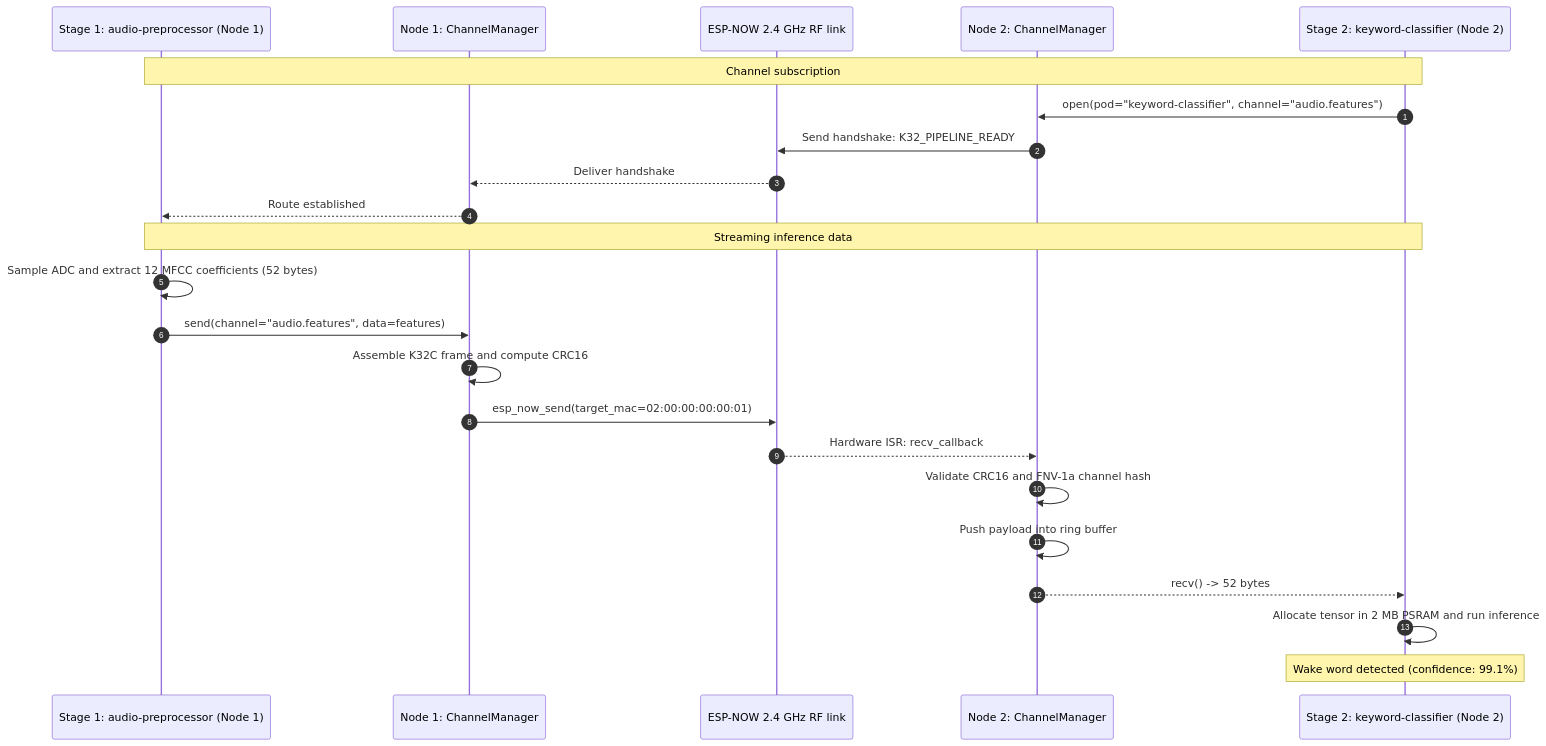
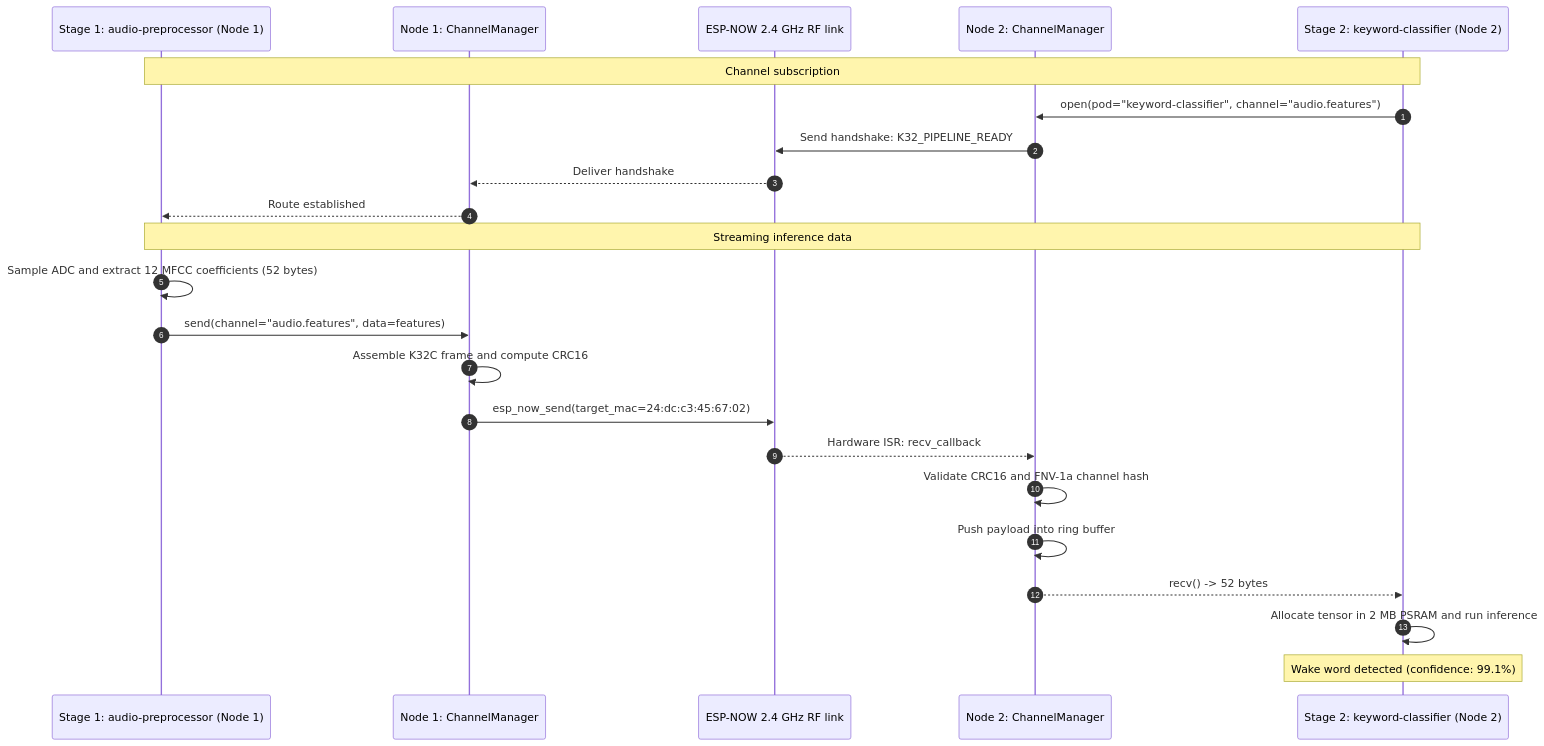
The diagram in docs/architecture/espnow-ipc.md (arterialist/kube32), drawn with Mermaid before and after one commit. The commit also changed 11 other files, not shown here.

````diff
--- a/docs/architecture/espnow-ipc.md
+++ b/docs/architecture/espnow-ipc.md
@@ -59,27 +59,27 @@
 ```mermaid
 sequenceDiagram
     autonumber
     participant S1 as Stage 1: audio-preprocessor (Node 1)
     participant CH1 as Node 1: ChannelManager
     participant RF as ESP-NOW 2.4 GHz RF link
     participant CH2 as Node 2: ChannelManager
     participant S2 as Stage 2: keyword-classifier (Node 2)
 
     Note over S1,S2: Channel subscription
     S2->>CH2: open(pod="keyword-classifier", channel="audio.features")
     CH2->>RF: Send handshake: K32_PIPELINE_READY
     RF-->>CH1: Deliver handshake
     CH1-->>S1: Route established
 
     Note over S1,S2: Streaming inference data
     S1->>S1: Sample ADC and extract 12 MFCC coefficients (52 bytes)
     S1->>CH1: send(channel="audio.features", data=features)
     CH1->>CH1: Assemble K32C frame and compute CRC16
-    CH1->>RF: esp_now_send(target_mac=02:00:00:00:00:01)
+    CH1->>RF: esp_now_send(target_mac=24:dc:c3:45:67:02)
     RF-->>CH2: Hardware ISR: recv_callback
     CH2->>CH2: Validate CRC16 and FNV-1a channel hash
     CH2->>CH2: Push payload into ring buffer
     CH2-->>S2: recv() -> 52 bytes
     S2->>S2: Allocate tensor in 2 MB PSRAM and run inference
     Note over S2: Wake word detected (confidence: 99.1%)
 ```
````
